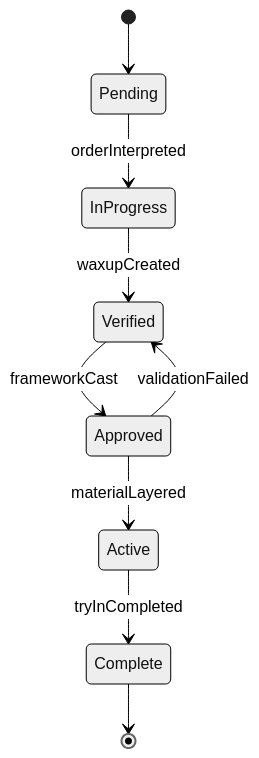
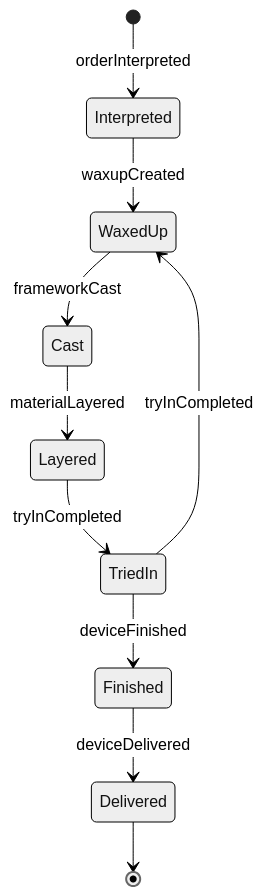
The second of 4 diagrams in HandlingAndMovingObjects/FabricateMedicalDevices/ConstructCustomizedAssistiveMedicalDental.mdx (dot-org-ai/tasks.org.ai), drawn with Mermaid (neutral theme) before and after one commit. The commit also changed other lines of this file and 515 other files, not shown here.

````diff
--- a/HandlingAndMovingObjects/FabricateMedicalDevices/ConstructCustomizedAssistiveMedicalDental.mdx
+++ b/HandlingAndMovingObjects/FabricateMedicalDevices/ConstructCustomizedAssistiveMedicalDental.mdx
@@ -101,11 +102,12 @@
 ```mermaid
 stateDiagram-v2
-    [*] --> Pending
-    Pending --> InProgress : orderInterpreted
-    InProgress --> Verified : waxupCreated
-    Verified --> Approved : frameworkCast
-    Approved --> Active : materialLayered
-    Active --> Complete : tryInCompleted
-    Approved --> Verified : validationFailed
-    Complete --> [*]
+    [*] --> Interpreted : orderInterpreted
+    Interpreted --> WaxedUp : waxupCreated
+    WaxedUp --> Cast : frameworkCast
+    Cast --> Layered : materialLayered
+    Layered --> TriedIn : tryInCompleted
+    TriedIn --> Finished : deviceFinished
+    Finished --> Delivered : deviceDelivered
+    TriedIn --> WaxedUp : tryInCompleted
+    Delivered --> [*]
 ```
````
